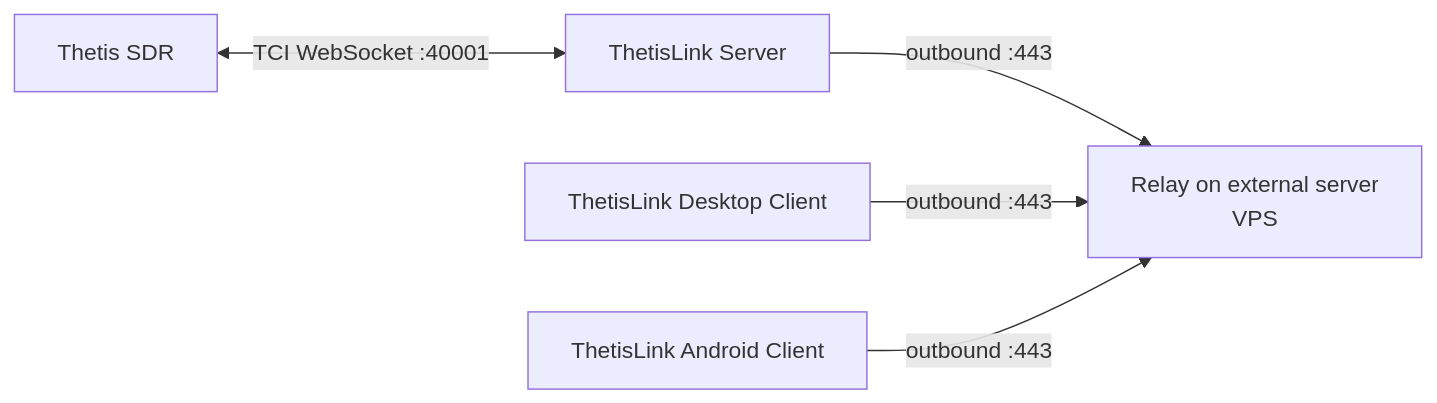
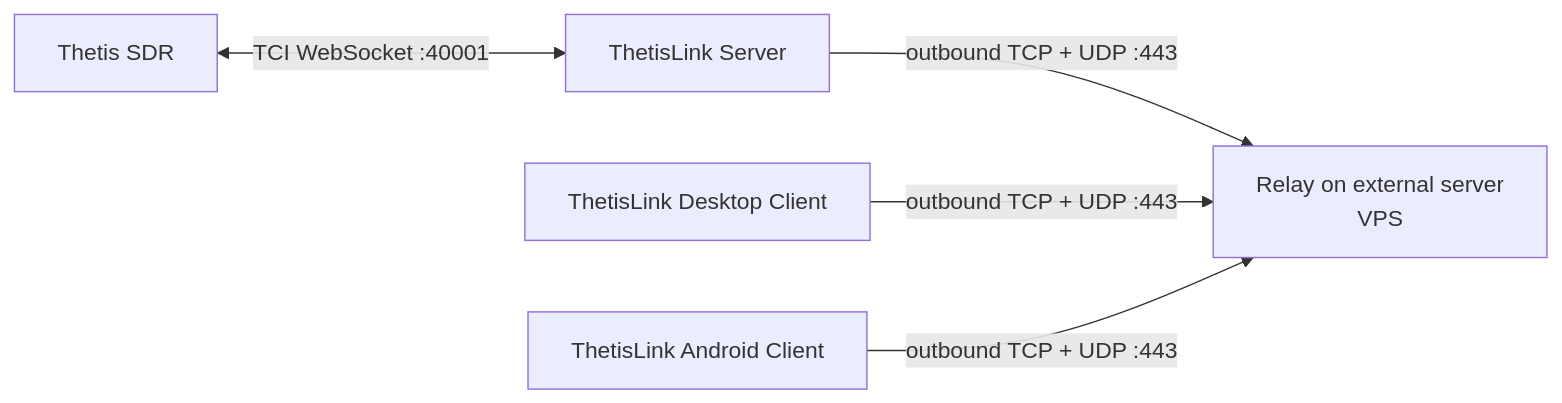
One commit to cjenschede/ThetisLink changed the second of 4 diagrams in Installation.md. Above: the diagram before and after it, drawn with Mermaid. The commit also changed other lines of this file and 185 other files, not shown here.

````diff
--- a/Installation.md
+++ b/Installation.md
@@ -53,7 +53,7 @@
 ```mermaid
 flowchart LR
     Thetis[Thetis SDR] <-->|"TCI WebSocket :40001"| Server[ThetisLink Server]
-    Server -->|"outbound :443"| Relay[Relay on external server<br>VPS]
-    Desktop[ThetisLink Desktop Client] -->|"outbound :443"| Relay
-    Android[ThetisLink Android Client] -->|"outbound :443"| Relay
+    Server -->|"outbound TCP + UDP :443"| Relay[Relay on external server<br>VPS]
+    Desktop[ThetisLink Desktop Client] -->|"outbound TCP + UDP :443"| Relay
+    Android[ThetisLink Android Client] -->|"outbound TCP + UDP :443"| Relay
 ```
````
